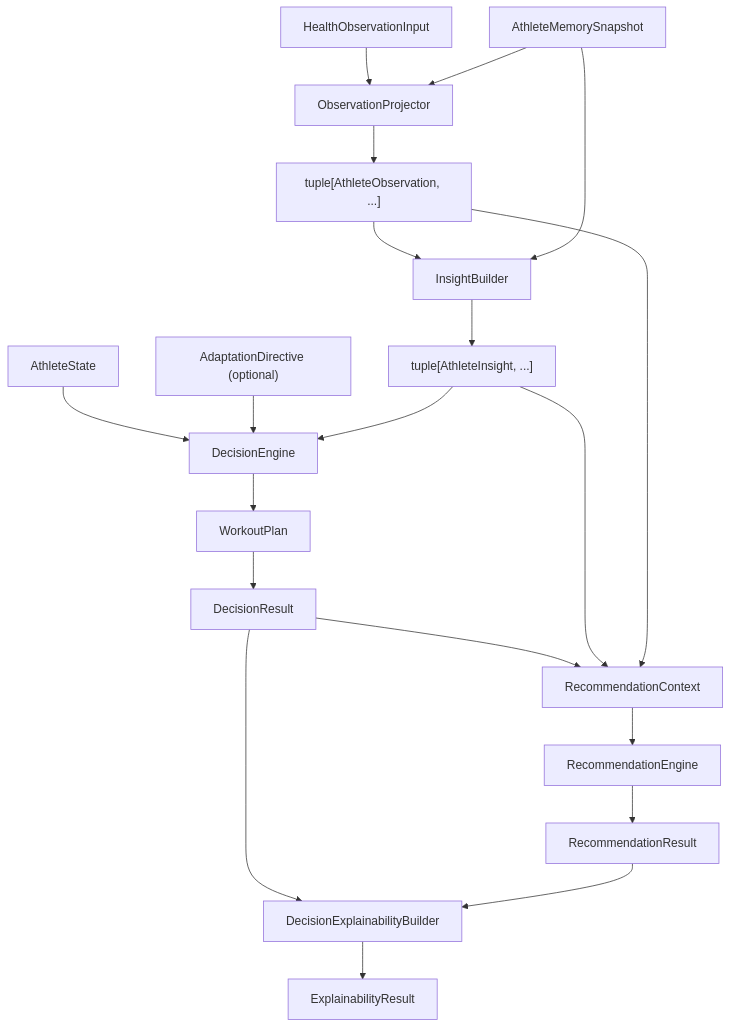
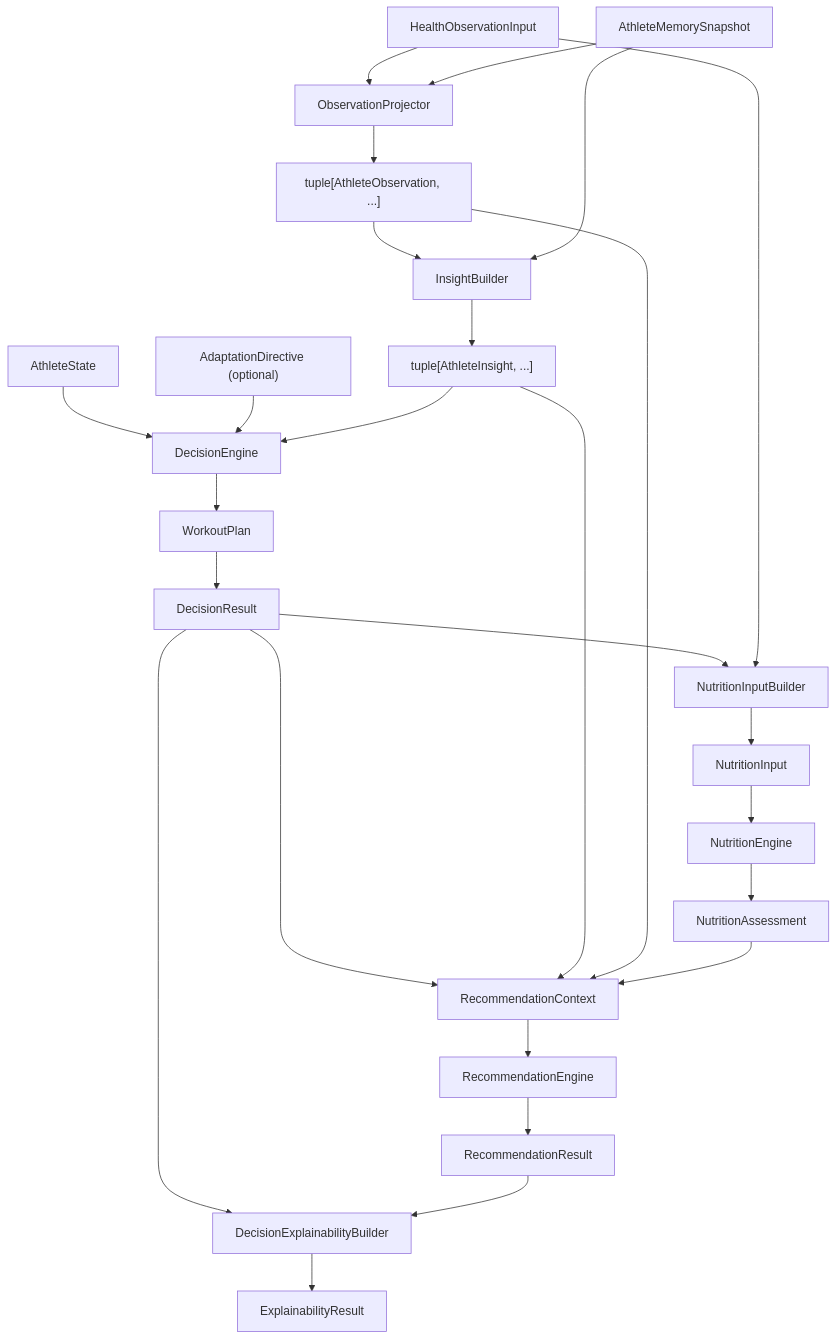
The fourth of 12 diagrams in docs/engineering/02-architecture.md (tdg4dftypb-coder/athlete-platform), drawn with Mermaid before and after one commit. The commit also changed other lines of this file and 12 other files, not shown here.

````diff
--- a/docs/engineering/02-architecture.md
+++ b/docs/engineering/02-architecture.md
@@ -319,30 +321,37 @@
 ```mermaid
 flowchart TD
     HI["HealthObservationInput"]
     MS["AthleteMemorySnapshot"]
     AS["AthleteState"]
     AD["AdaptationDirective (optional)"]
 
     HI --> OP["ObservationProjector"]
     MS --> OP
     OP --> OBS["tuple[AthleteObservation, ...]"]
     OBS --> IB["InsightBuilder"]
     MS --> IB
     IB --> INS["tuple[AthleteInsight, ...]"]
 
     AS --> DE["DecisionEngine"]
     AD --> DE
     INS --> DE
     DE --> WP["WorkoutPlan"]
     WP --> DR["DecisionResult"]
 
+    DR --> NI["NutritionInputBuilder"]
+    HI --> NI
+    NI --> NIN["NutritionInput"]
+    NIN --> NE["NutritionEngine"]
+    NE --> NA["NutritionAssessment"]
+
     DR --> RC["RecommendationContext"]
     INS --> RC
     OBS --> RC
+    NA --> RC
     RC --> RE["RecommendationEngine"]
     RE --> RRES["RecommendationResult"]
 
     DR --> EX["DecisionExplainabilityBuilder"]
     RRES --> EX
     EX --> ERES["ExplainabilityResult"]
 ```
````
